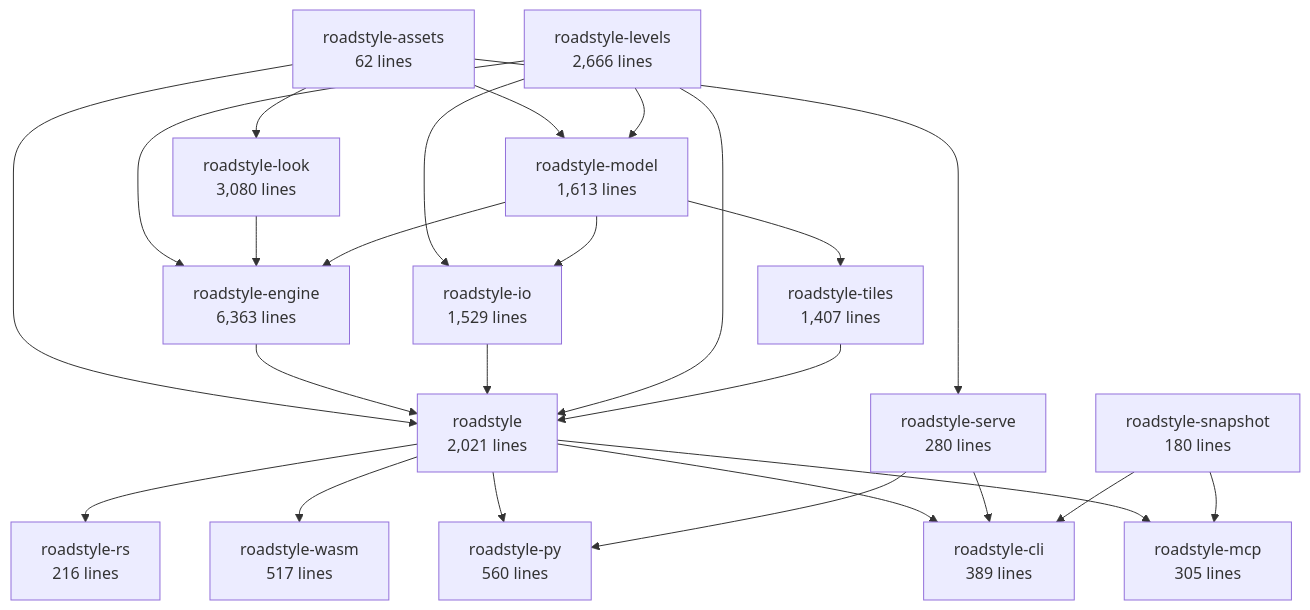
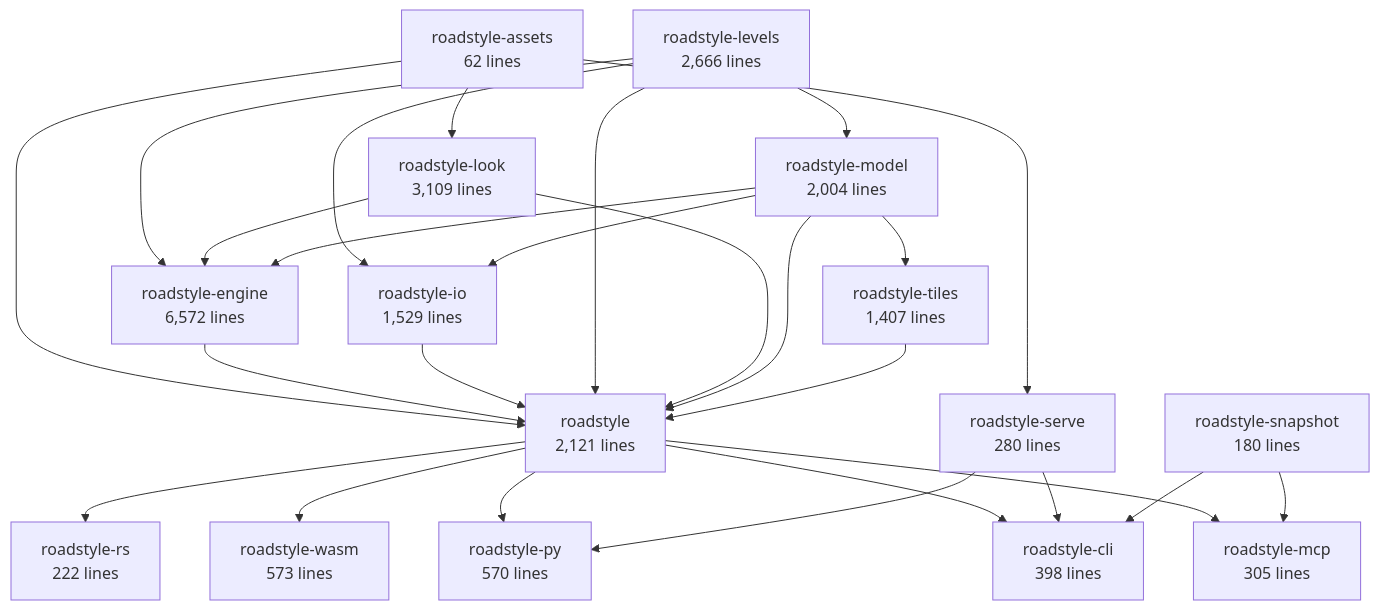
The second of 6 diagrams in docs/rust/architecture.md (Khoshkhah/roadstyle), drawn with Mermaid before and after one commit. The commit also changed other lines of this file and 15 other files, not shown here.

````diff
--- a/docs/rust/architecture.md
+++ b/docs/rust/architecture.md
@@ -70,42 +70,43 @@
 ```mermaid
 flowchart TB
     roadstyle_assets["roadstyle-assets<br/>62 lines"]
-    roadstyle_model["roadstyle-model<br/>1,613 lines"]
-    roadstyle_look["roadstyle-look<br/>3,080 lines"]
+    roadstyle_model["roadstyle-model<br/>2,004 lines"]
+    roadstyle_look["roadstyle-look<br/>3,109 lines"]
     roadstyle_io["roadstyle-io<br/>1,529 lines"]
     roadstyle_levels["roadstyle-levels<br/>2,666 lines"]
-    roadstyle_engine["roadstyle-engine<br/>6,363 lines"]
+    roadstyle_engine["roadstyle-engine<br/>6,572 lines"]
     roadstyle_tiles["roadstyle-tiles<br/>1,407 lines"]
-    roadstyle["roadstyle<br/>2,021 lines"]
-    roadstyle_rs["roadstyle-rs<br/>216 lines"]
-    roadstyle_wasm["roadstyle-wasm<br/>517 lines"]
-    roadstyle_py["roadstyle-py<br/>560 lines"]
-    roadstyle_cli["roadstyle-cli<br/>389 lines"]
+    roadstyle["roadstyle<br/>2,121 lines"]
+    roadstyle_rs["roadstyle-rs<br/>222 lines"]
+    roadstyle_wasm["roadstyle-wasm<br/>573 lines"]
+    roadstyle_py["roadstyle-py<br/>570 lines"]
+    roadstyle_cli["roadstyle-cli<br/>398 lines"]
     roadstyle_mcp["roadstyle-mcp<br/>305 lines"]
     roadstyle_serve["roadstyle-serve<br/>280 lines"]
     roadstyle_snapshot["roadstyle-snapshot<br/>180 lines"]
-    roadstyle_assets --> roadstyle_model
     roadstyle_levels --> roadstyle_model
     roadstyle_assets --> roadstyle_look
     roadstyle_levels --> roadstyle_io
     roadstyle_model --> roadstyle_io
     roadstyle_levels --> roadstyle_engine
     roadstyle_look --> roadstyle_engine
     roadstyle_model --> roadstyle_engine
     roadstyle_model --> roadstyle_tiles
     roadstyle_assets --> roadstyle
     roadstyle_engine --> roadstyle
     roadstyle_io --> roadstyle
     roadstyle_levels --> roadstyle
+    roadstyle_look --> roadstyle
+    roadstyle_model --> roadstyle
     roadstyle_tiles --> roadstyle
     roadstyle --> roadstyle_rs
     roadstyle --> roadstyle_wasm
     roadstyle --> roadstyle_py
     roadstyle_serve --> roadstyle_py
     roadstyle --> roadstyle_cli
     roadstyle_serve --> roadstyle_cli
     roadstyle_snapshot --> roadstyle_cli
     roadstyle --> roadstyle_mcp
     roadstyle_snapshot --> roadstyle_mcp
     roadstyle_assets --> roadstyle_serve
 ```
````
